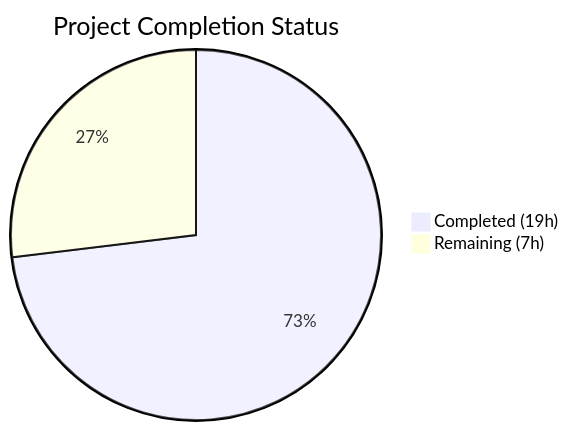
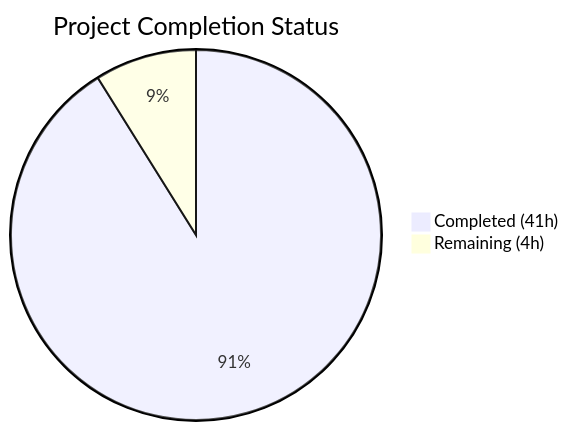
One commit to TestadoBlitzy/Existing-product changed the first of 2 diagrams in blitzy/documentation/Project Guide.md. Above: the diagram before and after it, drawn with Mermaid. The commit also changed other lines of this file, not shown here.

Commit message:
Adding Blitzy Project Guide: Project Status and Human Tasks Remaining

````diff
--- a/blitzy/documentation/Project Guide.md
+++ b/blitzy/documentation/Project Guide.md
@@ -11,5 +13,5 @@
 ```mermaid
 pie title Project Completion Status
-    "Completed (19h)" : 19
-    "Remaining (7h)" : 7
+    "Completed (41h)" : 41
+    "Remaining (4h)" : 4
 ```
````
